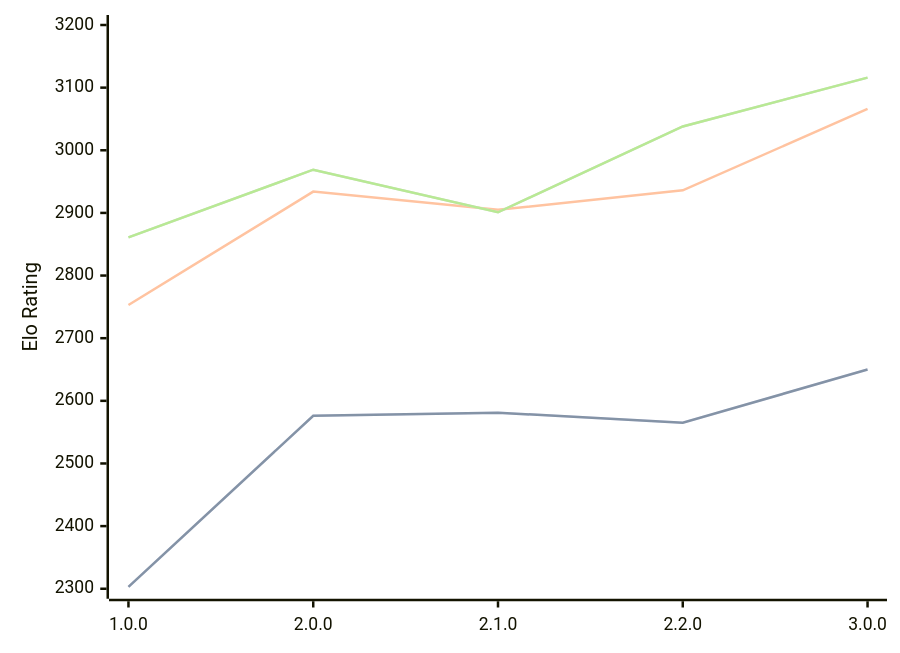
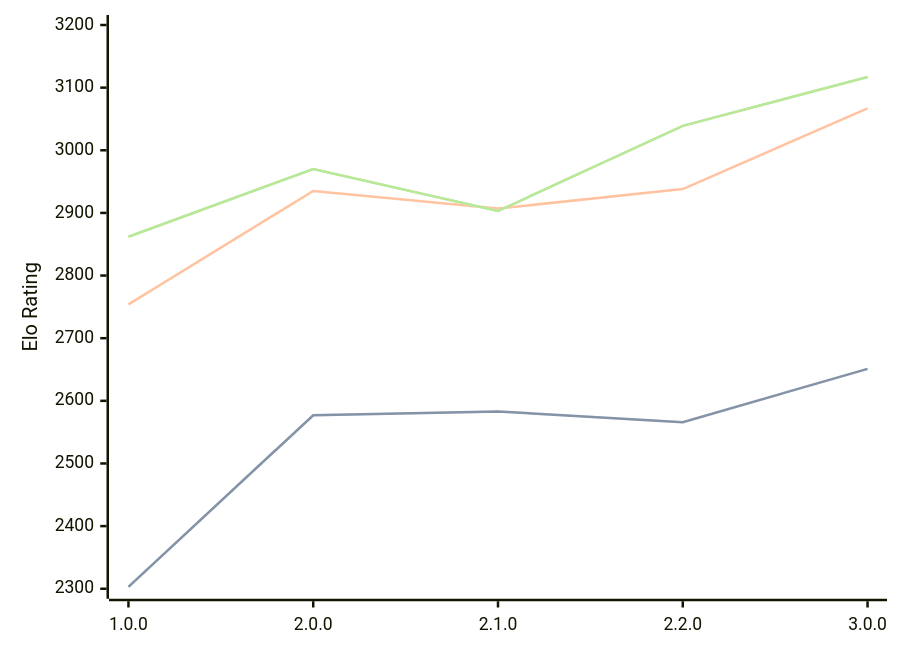
One commit to computer-chess-index/cci changed the diagram in engines/Catalyst.md. Above: the diagram before and after it, drawn with Mermaid. The commit also changed other lines of this file, not shown here.

Commit message:
Update CCI Ratings (ELO VLTC) - 2026-06-11

````diff
--- a/engines/Catalyst.md
+++ b/engines/Catalyst.md
@@ -35,11 +35,11 @@
 ```mermaid
 %%{init: {"theme":"base","themeVariables":{"seriesColors:['#a3a3a3','#222221','#faa371']}}}%%
 xychart-beta
   x-axis ["1.0.0", "2.0.0", "2.1.0", "2.2.0", "3.0.0"]
   y-axis "Elo Rating" 2300 --> 3200
-  line "STC (8.0+0.08s)" [2303, 2576, 2581, 2565, 2650]
-  line "STC (8.0+0.08s)" [2303, 2576, 2581, 2565, 2650]
-  line "LTC (60.0+0.60s)" [2753, 2934, 2905, 2936, 3066]
-  line "VLTC (2m24s+1.12s)" [2861, 2969, 2901, 3038, 3116]
-  line "VLTC (2m24s+1.12s)" [2861, 2969, 2901, 3038, 3116]
+  line "STC (8.0+0.08s)" [2303, 2577, 2583, 2566, 2651]
+  line "STC (8.0+0.08s)" [2303, 2577, 2583, 2566, 2651]
+  line "LTC (60.0+0.60s)" [2754, 2935, 2907, 2938, 3067]
+  line "VLTC (2m24s+1.12s)" [2862, 2970, 2903, 3039, 3117]
+  line "VLTC (2m24s+1.12s)" [2862, 2970, 2903, 3039, 3117]
 ```
````
